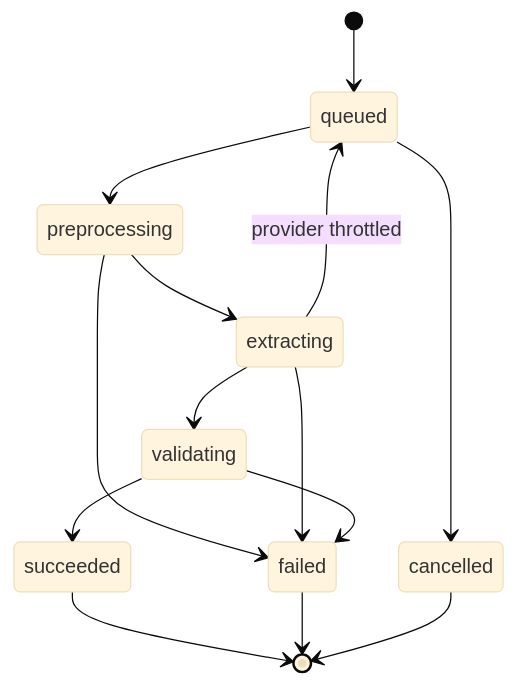
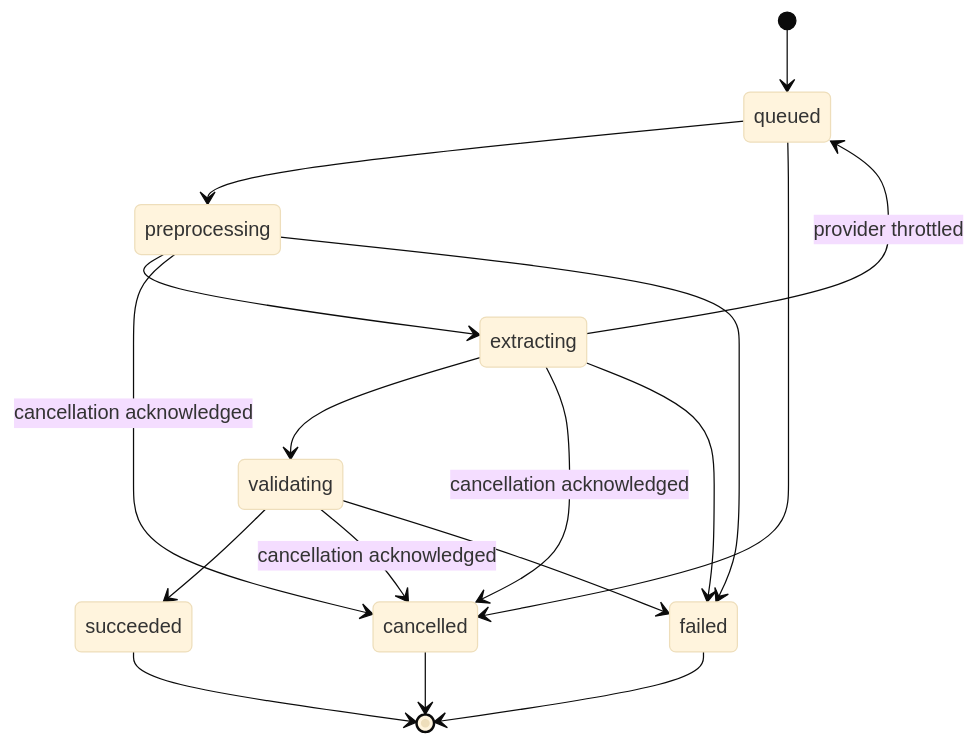
One commit to SriCharanGundla/CAssist changed the second of 4 diagrams in ARCHITECTURE.md. Above: the diagram before and after it, drawn with Mermaid (base theme). The commit also changed other lines of this file and 15 other files, not shown here.

````diff
--- a/ARCHITECTURE.md
+++ b/ARCHITECTURE.md
@@ -879,16 +886,19 @@
 ```mermaid
 stateDiagram-v2
     [*] --> queued
     queued --> preprocessing
     preprocessing --> extracting
     extracting --> queued: provider throttled
     extracting --> validating
     validating --> succeeded
     queued --> cancelled
+    preprocessing --> cancelled: cancellation acknowledged
+    extracting --> cancelled: cancellation acknowledged
+    validating --> cancelled: cancellation acknowledged
     preprocessing --> failed
     extracting --> failed
     validating --> failed
     succeeded --> [*]
     failed --> [*]
     cancelled --> [*]
 ```
````
